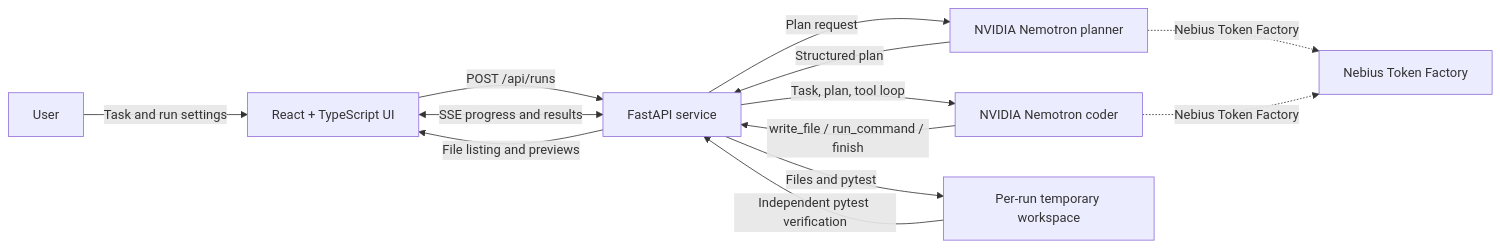
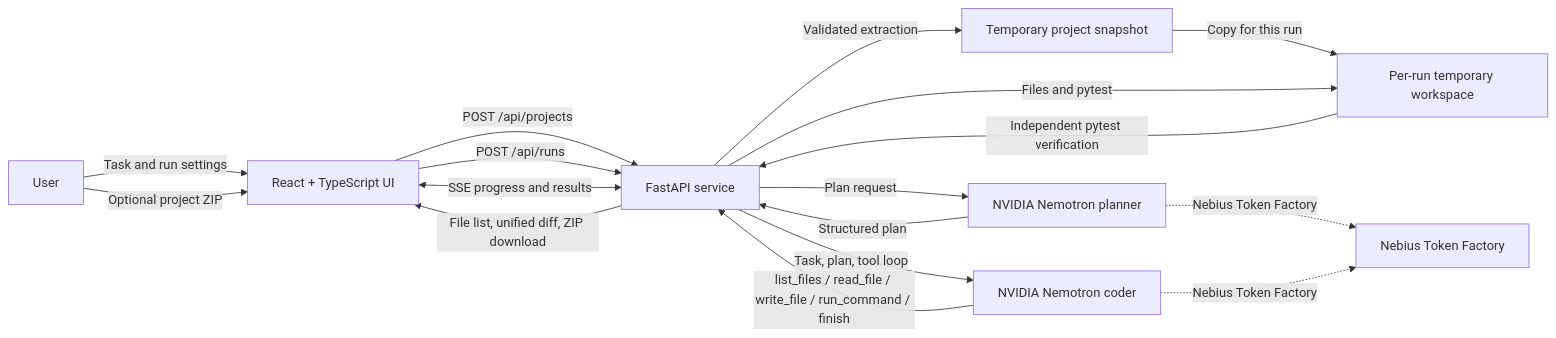
Before and after one commit to PrahasHegde/Patch_Pilot: the diagram in README.md, drawn with Mermaid. The commit also changed other lines of this file and 10 other files, not shown here.

````diff
--- a/README.md
+++ b/README.md
@@ -33,15 +37,19 @@
 ```mermaid
 flowchart LR
     U[User] -->|Task and run settings| UI[React + TypeScript UI]
+    U -->|Optional project ZIP| UI
+    UI -->|POST /api/projects| API[FastAPI service]
+    API -->|Validated extraction| S[Temporary project snapshot]
     UI -->|POST /api/runs| API[FastAPI service]
     UI <-->|SSE progress and results| API
     API -->|Plan request| P[NVIDIA Nemotron planner]
     P -->|Structured plan| API
     API -->|Task, plan, tool loop| C[NVIDIA Nemotron coder]
-    C -->|write_file / run_command / finish| API
-    API -->|Files and pytest| W[Per-run temporary workspace]
+    C -->|list_files / read_file / write_file / run_command / finish| API
+    S -->|Copy for this run| W[Per-run temporary workspace]
+    API -->|Files and pytest| W
     W -->|Independent pytest verification| API
-    API -->|File listing and previews| UI
+    API -->|File list, unified diff, ZIP download| UI
     P -. Nebius Token Factory .-> N[Nebius Token Factory]
     C -. Nebius Token Factory .-> N
 ```
````
